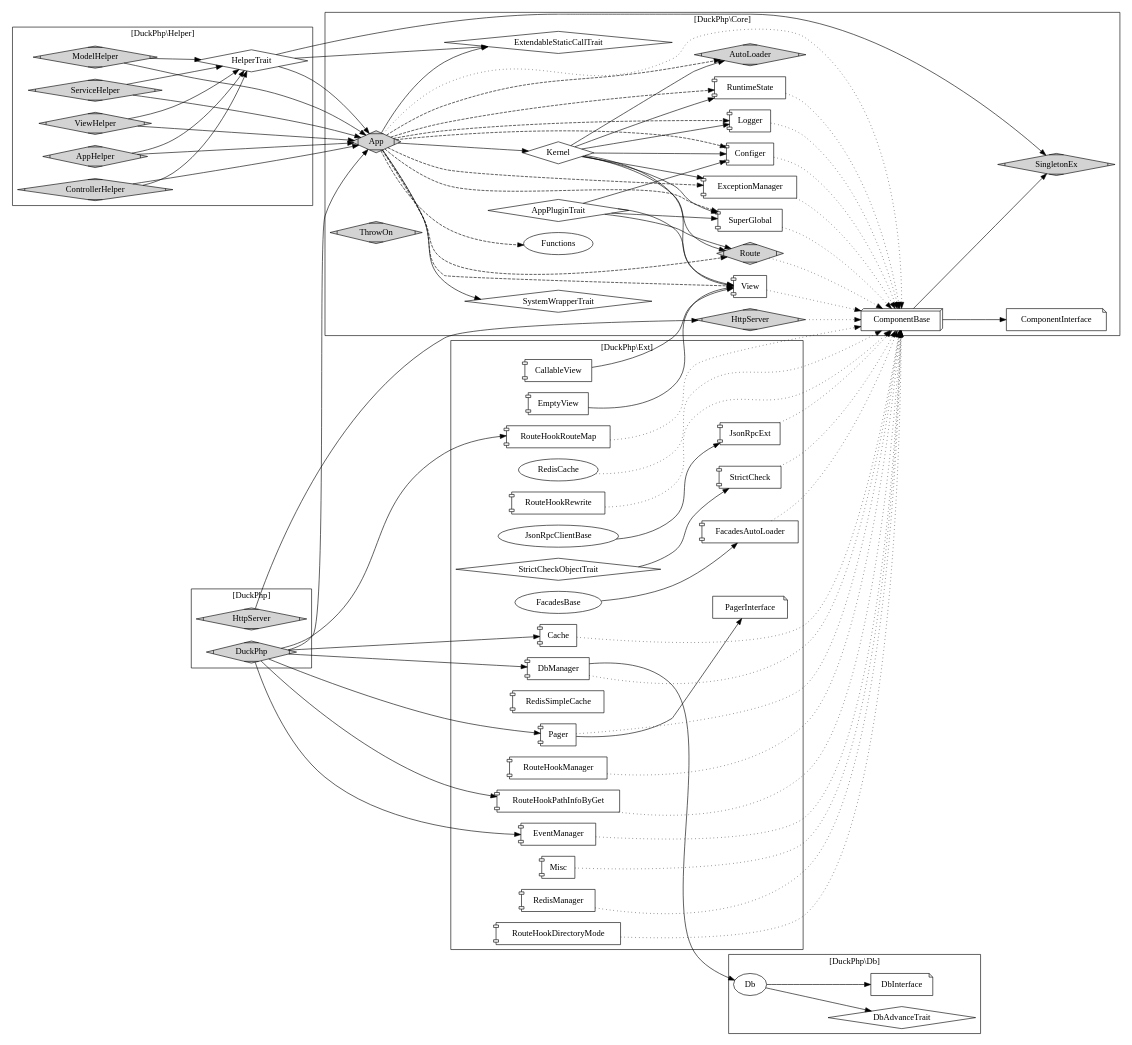
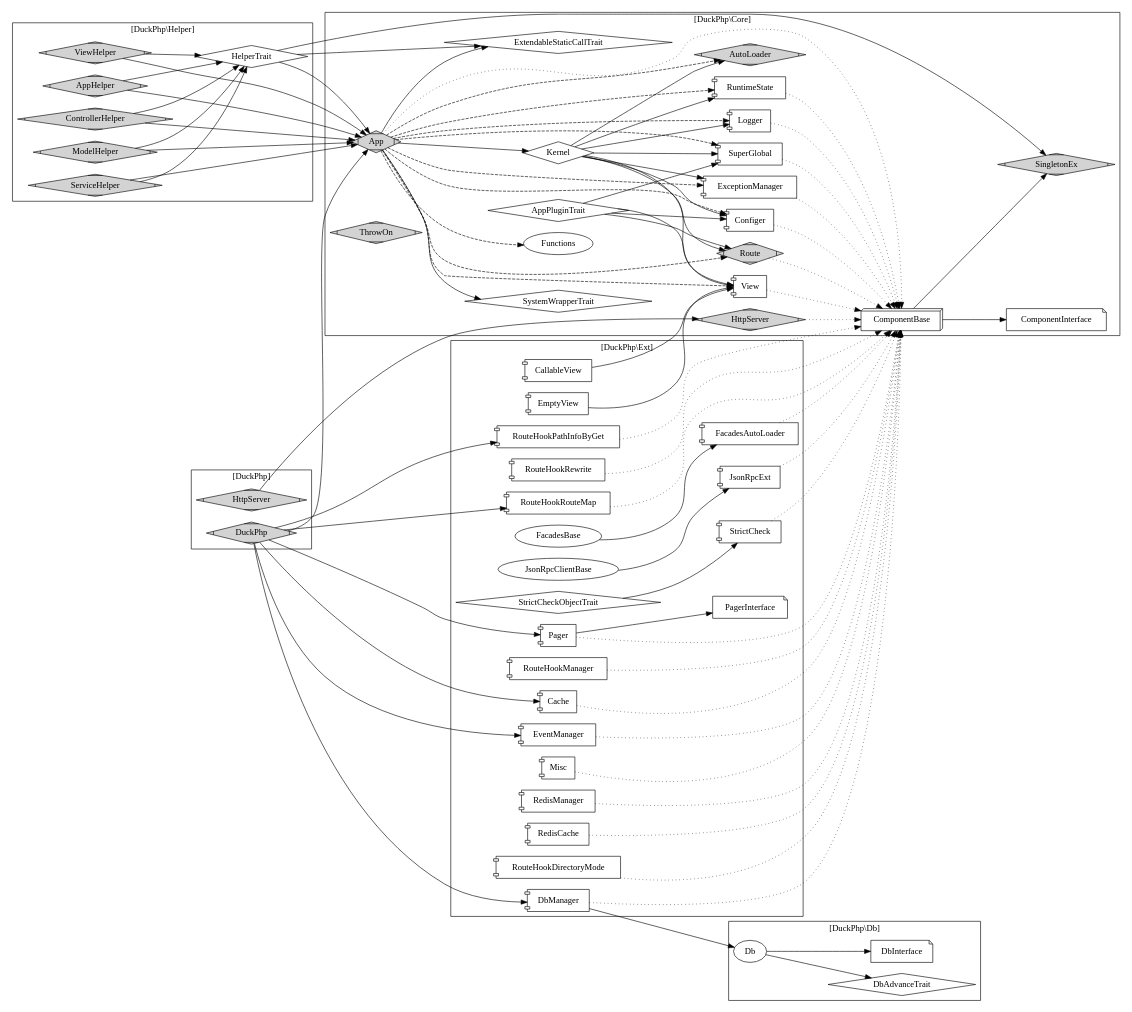
The diagram in doc/duckphp.gv (dvaknheo/duckphp), drawn with Graphviz before and after one commit. The commit also changed 12 other files, not shown here.

```diff
--- a/doc/duckphp.gv
+++ b/doc/duckphp.gv
@@ -1,193 +1,193 @@
 digraph G{
 /* This is a graphviz file */
 graph [rankdir = "LR"];
 
 subgraph cluster_Core {
     
     label = "[DuckPhp\\Core]";
 
     Core_AppPluginTrait [label="AppPluginTrait";shape=diamond];
     Core_App [label="App";shape=Mdiamond;style=filled]; 
     Core_Kernel [label="Kernel";shape="diamond"];
     Core_SingletonEx [label="SingletonEx";shape=Mdiamond;style=filled];
     Core_AutoLoader [label="AutoLoader";shape=Mdiamond;style=filled];
     Core_ExceptionManager [label="ExceptionManager";shape="component"];
     Core_View [label="View";shape="component"];
     Core_Configer [label="Configer";shape="component"];
     Core_Logger [label="Logger";shape="component"];
     Core_Route [label="Route";shape=Mdiamond;style=filled];
     Core_RuntimeState [label="RuntimeState";shape="component"];
     Core_SystemWrapperTrait [label="SystemWrapperTrait";shape=diamond];
     
     Core_HttpServer [label="HttpServer";shape=Mdiamond;style=filled];
     Core_SuperGlobal [label="SuperGlobal";shape="component"];
 
     Core_ExtendableStaticCallTrait [label="ExtendableStaticCallTrait";shape=diamond];
     
     Core_ThrowOn [label="ThrowOn";shape=Mdiamond;style=filled];
     Core_ComponentInterface [label="ComponentInterface";shape=note];
     Core_ComponentBase [label="ComponentBase";shape=box3d];
     Core_Functions [label="Functions"];
 
 
     Core_Kernel -> Core_AutoLoader ;
     Core_Kernel -> Core_Configer;
     Core_Kernel -> Core_Logger;
     Core_Kernel -> Core_ExceptionManager;
     Core_Kernel -> Core_Route;
     Core_Kernel -> Core_RuntimeState;
     Core_Kernel -> Core_View;
     Core_Kernel -> Core_SuperGlobal;
     
     Core_App -> Core_Kernel;
     Core_App -> Core_ExtendableStaticCallTrait;
     Core_App -> Core_SystemWrapperTrait;
     
     Core_App -> Core_AutoLoader [style="dashed"];
     Core_App -> Core_Configer [style="dashed"];
     Core_App -> Core_Logger [style="dashed"];
     Core_App -> Core_ExceptionManager [style="dashed"];
     Core_App -> Core_Route [style="dashed"];
     Core_App -> Core_RuntimeState [style="dashed"];
     Core_App -> Core_View [style="dashed"];
     Core_App -> Core_SuperGlobal [style="dashed"];
     
     Core_App -> Core_Functions [style="dashed"];
     Core_App -> Core_ComponentBase [style="dotted"];
 
 
     Core_AppPluginTrait -> Core_Configer;
     Core_AppPluginTrait -> Core_View;
     Core_AppPluginTrait -> Core_Route;
     Core_AppPluginTrait -> Core_SuperGlobal;
     
     
     Core_ExceptionManager -> Core_ComponentBase [style="dotted"];
     Core_Configer -> Core_ComponentBase [style="dotted"];
     Core_Route -> Core_ComponentBase [style="dotted"];
     Core_SuperGlobal -> Core_ComponentBase [style="dotted"];
     Core_RuntimeState -> Core_ComponentBase [style="dotted"];
     Core_View -> Core_ComponentBase [style="dotted"];
     Core_Logger -> Core_ComponentBase [style="dotted"];
     Core_HttpServer -> Core_ComponentBase [style="dotted"];
 
     
     Core_ComponentBase -> Core_ComponentInterface;
     Core_ComponentBase -> Core_SingletonEx;
     
     
 }
 
 
 
 
 subgraph cluster_Helper {
     
     label = "[DuckPhp\\Helper]";
     
     AppHelper [label="AppHelper";shape=Mdiamond;style=filled];
     ControllerHelper [label="ControllerHelper";shape=Mdiamond;style=filled];
     ModelHelper [label="ModelHelper";shape=Mdiamond;style=filled];
     ServiceHelper [label="ServiceHelper";shape=Mdiamond;style=filled];
     ViewHelper [label="ViewHelper";shape=Mdiamond;style=filled];
     HelperTrait [label="HelperTrait";shape=diamond];
     
     AppHelper -> Core_App; 
     ControllerHelper -> Core_App; 
     ModelHelper -> Core_App; 
     ServiceHelper -> Core_App; 
     ViewHelper -> Core_App; 
     HelperTrait -> Core_SingletonEx;
     HelperTrait -> Core_App;
     HelperTrait -> Core_ExtendableStaticCallTrait ;
     
     AppHelper -> HelperTrait; 
     ControllerHelper -> HelperTrait; 
     ModelHelper -> HelperTrait; 
     ServiceHelper -> HelperTrait; 
     ViewHelper -> HelperTrait; 
 
 }
 
 subgraph cluster_Db {
     label = "[DuckPhp\\Db]";
 
     Db_Db [label="Db"];
     Db_DbAdvanceTrait [label="DbAdvanceTrait";shape=diamond];
     Db_DbInterface [label="DbInterface";shape=note];
     
     Db_Db -> Db_DbAdvanceTrait;
     Db_Db -> Db_DbInterface;
 }
 
 subgraph cluster_Ext {
     label = "[DuckPhp\\Ext]";
 
     Cache[shape="component"];
     CallableView[shape="component"];
     DbManager[shape="component"];
     EmptyView[shape="component"];
     EventManager[shape="component"];
     FacadesAutoLoader[shape="component"];
     FacadesBase ;
     JsonRpcClientBase ;
     JsonRpcExt[shape="component"];
     Misc[shape="component"];
     Pager[shape="component"];
     PagerInterface [shape=note];
     RedisManager[shape="component"];
-    RedisSimpleCache[shape="component"];
+    RedisCache[shape="component"];
     RouteHookDirectoryMode[shape="component"];
     RouteHookManager[shape="component"];
     RouteHookPathInfoByGet[shape="component"];
     RouteHookRewrite[shape="component"];
     RouteHookRouteMap[shape="component"];
     StrictCheck[shape="component"];
     StrictCheckObjectTrait [shape=diamond];
 
     Cache -> Core_ComponentBase [style="dotted"];
     DbManager -> Core_ComponentBase [style="dotted"];
     EventManager -> Core_ComponentBase [style="dotted"];
     FacadesAutoLoader -> Core_ComponentBase [style="dotted"];
     JsonRpcExt -> Core_ComponentBase [style="dotted"];
     Misc -> Core_ComponentBase [style="dotted"];
     Pager -> Core_ComponentBase [style="dotted"];
     RedisManager -> Core_ComponentBase [style="dotted"];
     RedisCache -> Core_ComponentBase [style="dotted"];
     RouteHookDirectoryMode -> Core_ComponentBase [style="dotted"];
     RouteHookManager -> Core_ComponentBase [style="dotted"];
     RouteHookPathInfoByGet -> Core_ComponentBase [style="dotted"];
     RouteHookRewrite -> Core_ComponentBase [style="dotted"];
     RouteHookRouteMap -> Core_ComponentBase [style="dotted"];
     StrictCheck -> Core_ComponentBase [style="dotted"];
     
     
     CallableView ->Core_View; 
     EmptyView ->Core_View;
     DbManager -> Db_Db;
     FacadesBase -> FacadesAutoLoader;
     JsonRpcClientBase ->JsonRpcExt;
     Pager -> PagerInterface; 
     StrictCheckObjectTrait -> StrictCheck; 
 }
 
 subgraph cluster_DuckPhp {
     label = "[DuckPhp]";
     node [style=filled];
 
     HttpServer -> Core_HttpServer;
     DuckPhp -> Core_App;
 
     DuckPhp -> RouteHookRouteMap;
     DuckPhp -> Pager;
     DuckPhp -> DbManager;
     DuckPhp -> EventManager;
     DuckPhp -> RouteHookPathInfoByGet;
     DuckPhp -> Cache;
 
     DuckPhp [shape=Mdiamond];
     HttpServer [shape=Mdiamond;style=filled];
 
 }
 
 }
```
